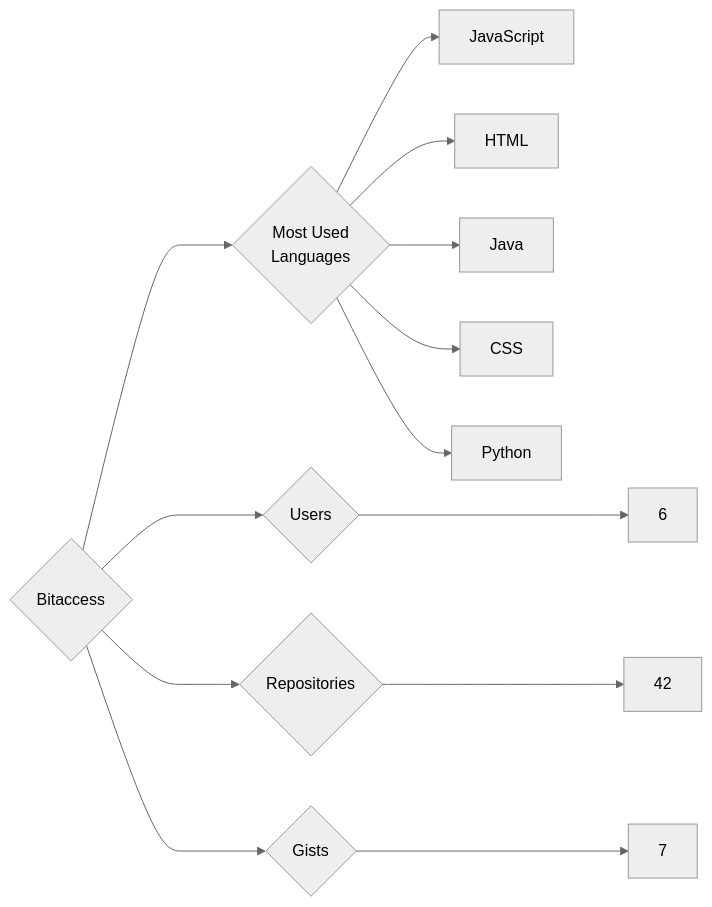
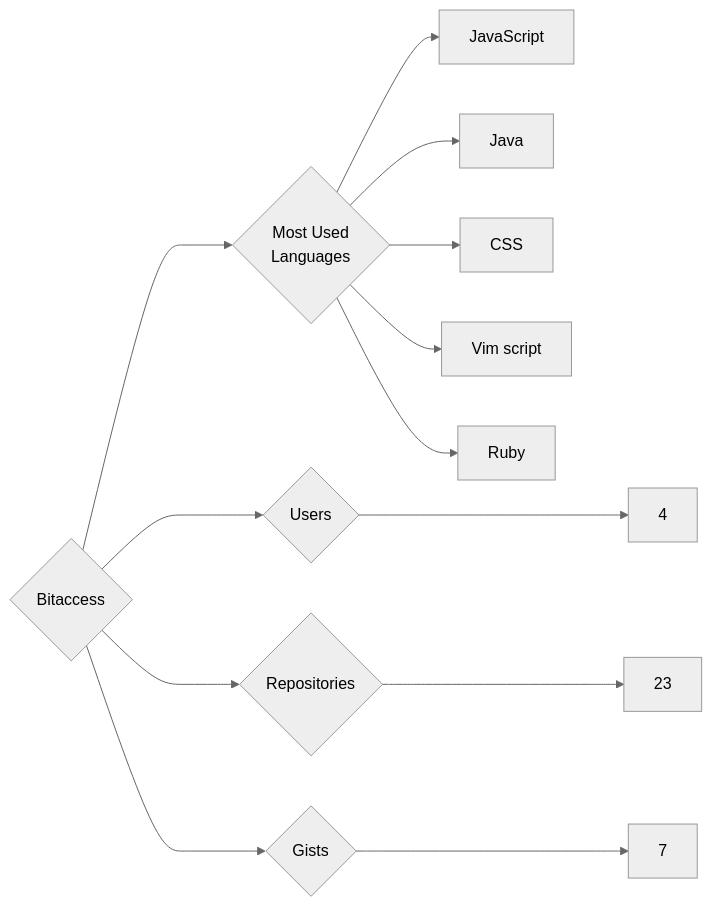
Before and after one commit to trickest/insiders: the diagram in targets/Bitaccess/README.md, drawn with Mermaid (neutral theme). The commit also changed 984 other files, not shown here.

````diff
--- a/targets/Bitaccess/README.md
+++ b/targets/Bitaccess/README.md
@@ -3,13 +3,13 @@
 ```mermaid
 graph LR
 COMPANY_NAME{Bitaccess}
-COMPANY_NAME ---> U{Users} ---> UN[6]
-COMPANY_NAME ---> R{Repositories} ---> RN[42]
+COMPANY_NAME ---> U{Users} ---> UN[4]
+COMPANY_NAME ---> R{Repositories} ---> RN[23]
 COMPANY_NAME ---> G{Gists} ---> GN[7]
 COMPANY_NAME ---> ML{Most Used<br>Languages}
 ML --> JavaScript[JavaScript]
-ML --> HTML[HTML]
 ML --> Java[Java]
 ML --> CSS[CSS]
-ML --> Python[Python]
+ML --> Vim_script[Vim script]
+ML --> Ruby[Ruby]
 ```
````
